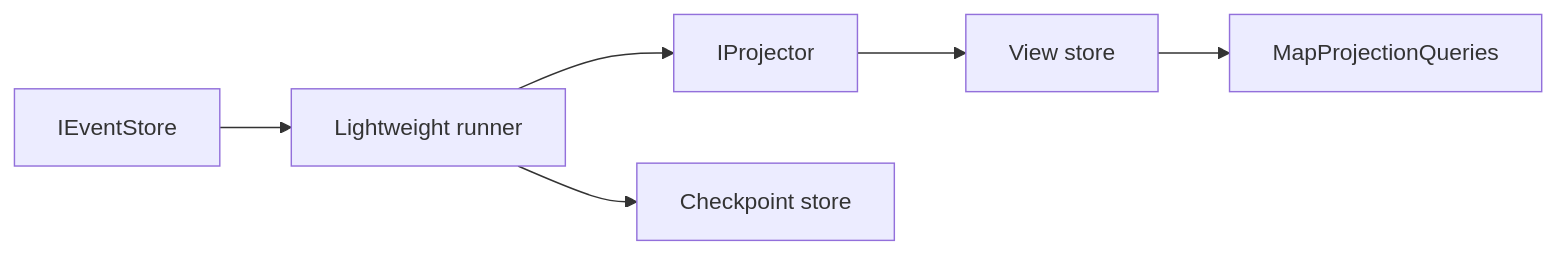
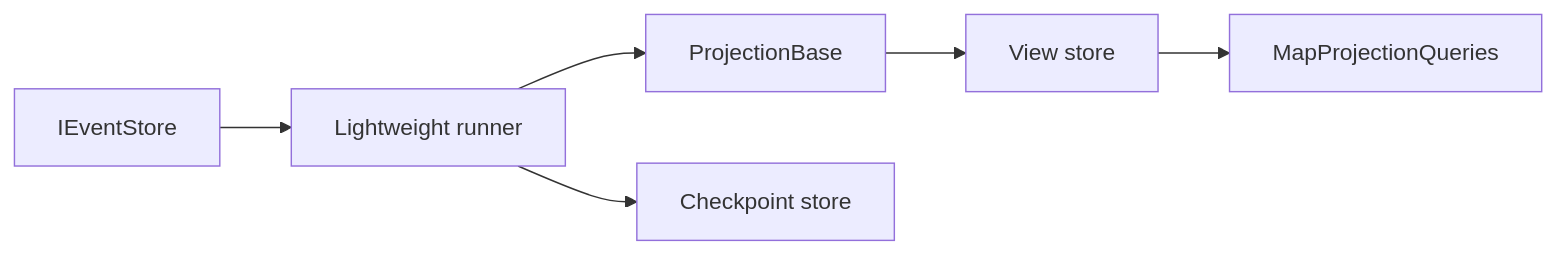
The diagram in docs/diagrams/projection-pipeline.md (sellistixorg/LawnDart), drawn with Mermaid before and after one commit. The commit also changed other lines of this file and 62 other files, not shown here.

````diff
--- a/docs/diagrams/projection-pipeline.md
+++ b/docs/diagrams/projection-pipeline.md
@@ -3,8 +3,8 @@
 ```mermaid
 flowchart LR
     Store["IEventStore"] --> Runner["Lightweight runner"]
-    Runner --> Proj["IProjector"]
+    Runner --> Proj["ProjectionBase"]
     Proj --> View["View store"]
     Runner --> Cp["Checkpoint store"]
     View --> GET["MapProjectionQueries"]
 ```
````
